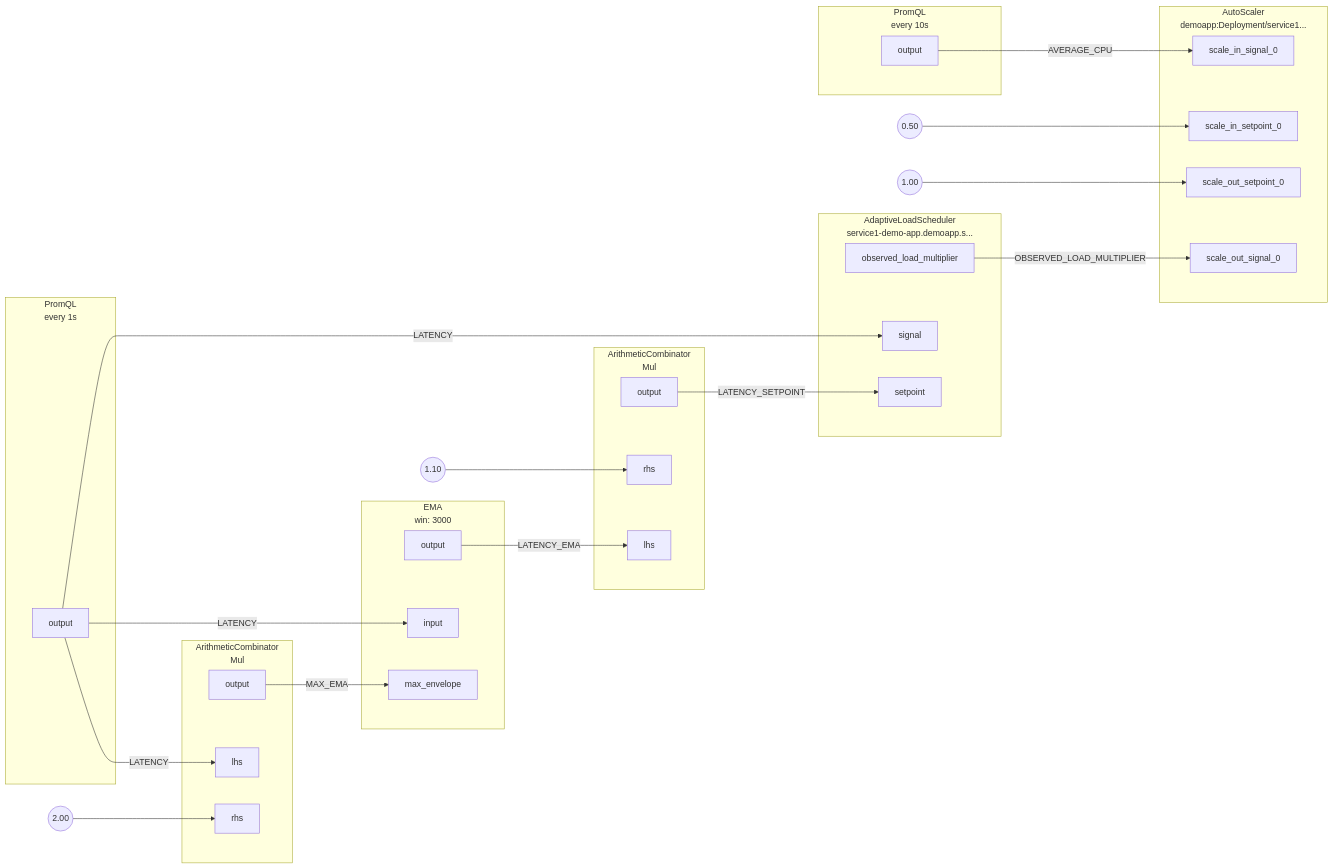
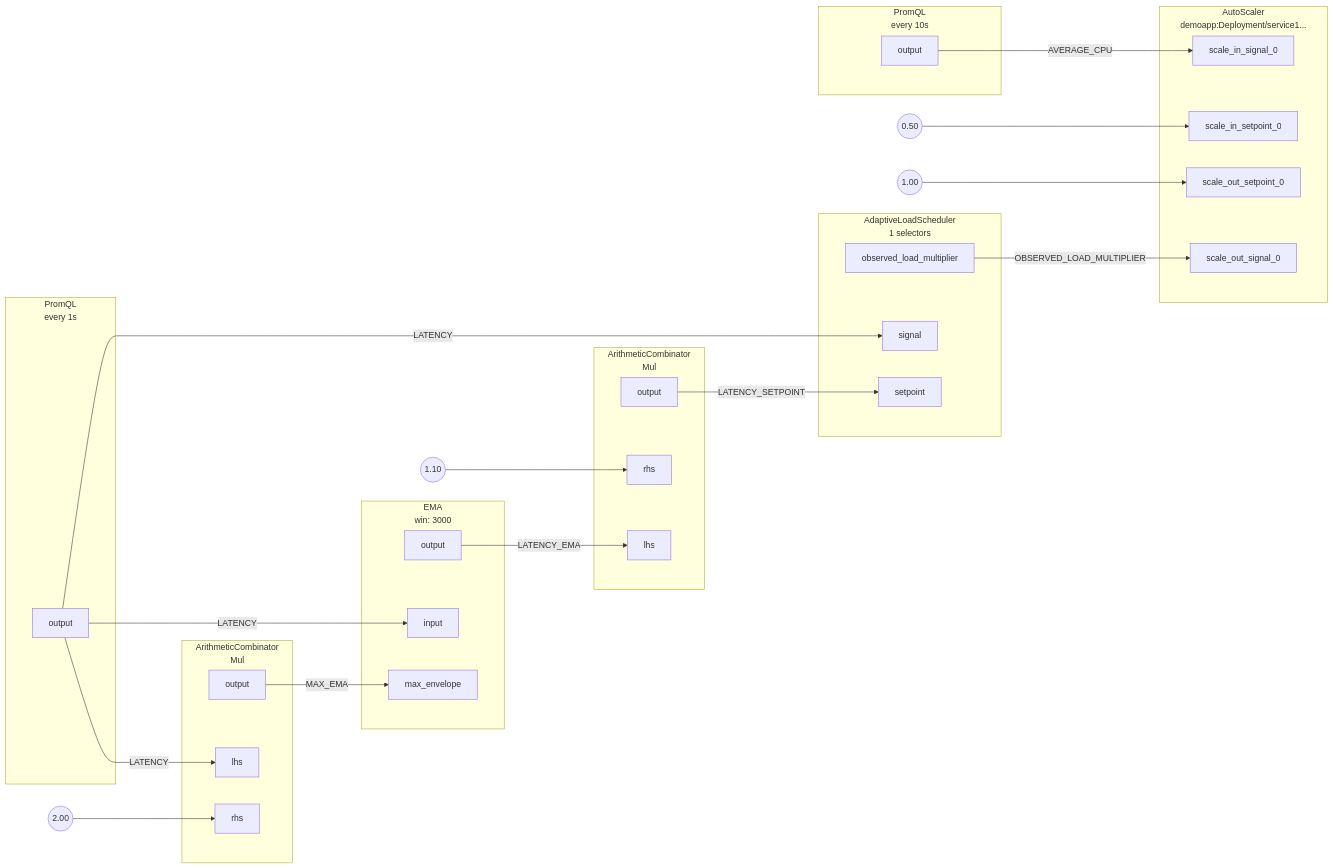
The diagram in docs/content/tutorials/auto-scale/load-based-auto-scaling/assets/load-based-auto-scale.mmd (dataongunlaws/aperture), drawn with Mermaid before and after one commit. The commit also changed 199 other files, not shown here.

```diff
--- a/docs/content/tutorials/auto-scale/load-based-auto-scaling/assets/load-based-auto-scale.mmd
+++ b/docs/content/tutorials/auto-scale/load-based-auto-scaling/assets/load-based-auto-scale.mmd
@@ -1,82 +1,82 @@
 flowchart LR
 subgraph root.0[<center>PromQL<br/>every 1s</center>]
 subgraph root.0_outports[ ]
 style root.0_outports fill:none,stroke:none
 root.0output[output]
 end
 end
 subgraph root.1[<center>ArithmeticCombinator<br/>Mul</center>]
 subgraph root.1_inports[ ]
 style root.1_inports fill:none,stroke:none
 root.1lhs[lhs]
 root.1rhs[rhs]
 end
 subgraph root.1_outports[ ]
 style root.1_outports fill:none,stroke:none
 root.1output[output]
 end
 end
 root.1_rhs_FakeConstantout((2.00))
 subgraph root.2[<center>ArithmeticCombinator<br/>Mul</center>]
 subgraph root.2_inports[ ]
 style root.2_inports fill:none,stroke:none
 root.2lhs[lhs]
 root.2rhs[rhs]
 end
 subgraph root.2_outports[ ]
 style root.2_outports fill:none,stroke:none
 root.2output[output]
 end
 end
 root.2_rhs_FakeConstantout((1.10))
 subgraph root.3[<center>EMA<br/>win: 3000</center>]
 subgraph root.3_inports[ ]
 style root.3_inports fill:none,stroke:none
 root.3input[input]
 root.3max_envelope[max_envelope]
 end
 subgraph root.3_outports[ ]
 style root.3_outports fill:none,stroke:none
 root.3output[output]
 end
 end
-subgraph root.4[<center>AdaptiveLoadScheduler<br/>service1-demo-app.demoapp.s...</center>]
+subgraph root.4[<center>AdaptiveLoadScheduler<br/>1 selectors</center>]
 subgraph root.4_inports[ ]
 style root.4_inports fill:none,stroke:none
 root.4setpoint[setpoint]
 root.4signal[signal]
 end
 subgraph root.4_outports[ ]
 style root.4_outports fill:none,stroke:none
 root.4observed_load_multiplier[observed_load_multiplier]
 end
 end
 subgraph root.5[<center>PromQL<br/>every 10s</center>]
 subgraph root.5_outports[ ]
 style root.5_outports fill:none,stroke:none
 root.5output[output]
 end
 end
 subgraph root.6[<center>AutoScaler<br/>demoapp:Deployment/service1...</center>]
 subgraph root.6_inports[ ]
 style root.6_inports fill:none,stroke:none
 root.6scale_in_setpoint_0[scale_in_setpoint_0]
 root.6scale_in_signal_0[scale_in_signal_0]
 root.6scale_out_setpoint_0[scale_out_setpoint_0]
 root.6scale_out_signal_0[scale_out_signal_0]
 end
 end
 root.6_scale_in_setpoint_0_FakeConstantout((0.50))
 root.6_scale_out_setpoint_0_FakeConstantout((1.00))
 root.0output --> |LATENCY| root.1lhs
 root.0output --> |LATENCY| root.3input
 root.0output --> |LATENCY| root.4signal
 root.1output --> |MAX_EMA| root.3max_envelope
 root.1_rhs_FakeConstantout --> root.1rhs
 root.2output --> |LATENCY_SETPOINT| root.4setpoint
 root.2_rhs_FakeConstantout --> root.2rhs
 root.3output --> |LATENCY_EMA| root.2lhs
 root.4observed_load_multiplier --> |OBSERVED_LOAD_MULTIPLIER| root.6scale_out_signal_0
 root.5output --> |AVERAGE_CPU| root.6scale_in_signal_0
 root.6_scale_in_setpoint_0_FakeConstantout --> root.6scale_in_setpoint_0
 root.6_scale_out_setpoint_0_FakeConstantout --> root.6scale_out_setpoint_0
```
